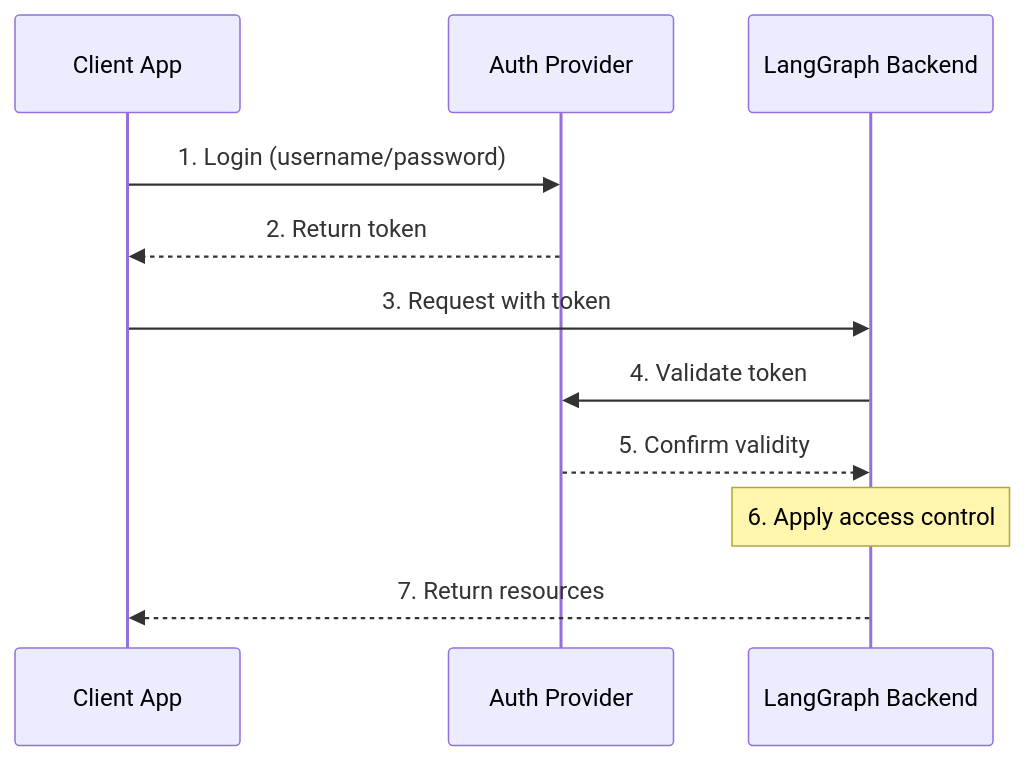
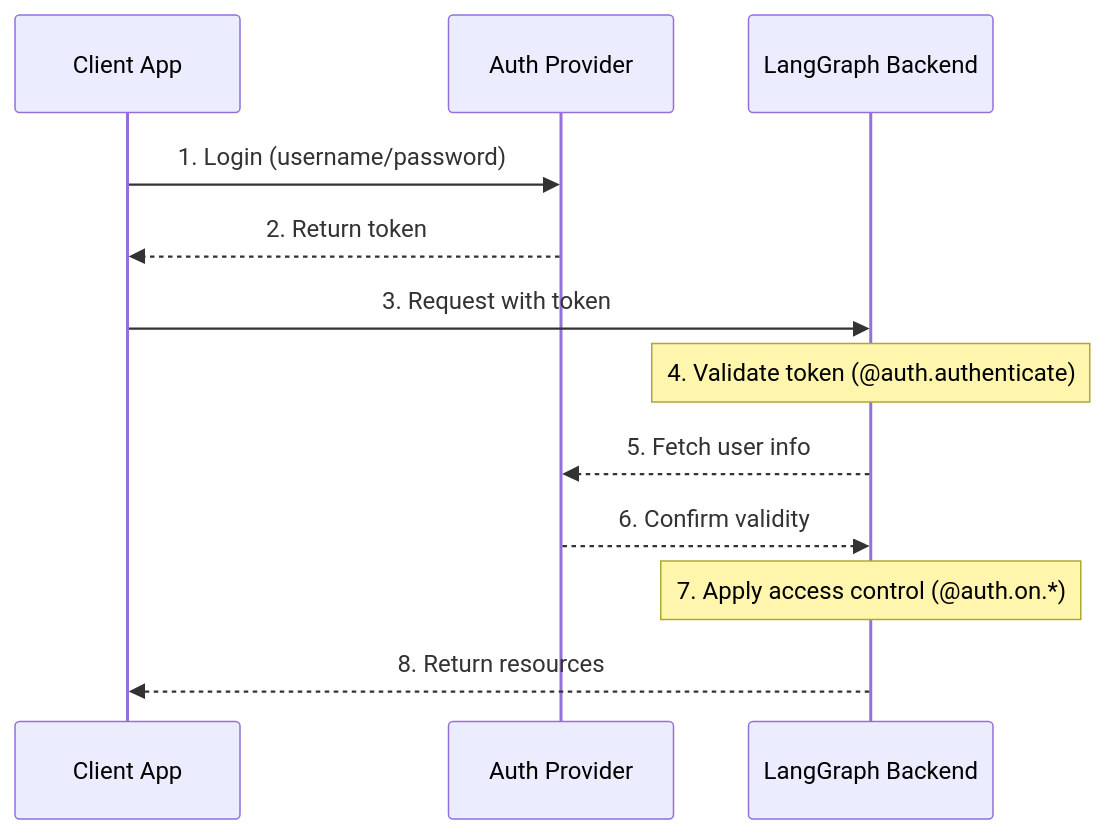
One commit to langchain-ai/langgraph changed the diagram in docs/docs/concepts/auth.md. Above: the diagram before and after it, drawn with Mermaid. The commit also changed other lines of this file, not shown here.

````diff
--- a/docs/docs/concepts/auth.md
+++ b/docs/docs/concepts/auth.md
@@ -47,14 +47,15 @@
 ```mermaid
 sequenceDiagram
     participant Client as Client App
     participant Auth as Auth Provider
     participant LG as LangGraph Backend
 
     Client->>Auth: 1. Login (username/password)
     Auth-->>Client: 2. Return token
     Client->>LG: 3. Request with token
-    LG->>Auth: 4. Validate token
-    Auth-->>LG: 5. Confirm validity
-    Note over LG: 6. Apply access control
-    LG-->>Client: 7. Return resources
+    Note over LG: 4. Validate token (@auth.authenticate)
+    LG-->>Auth:  5. Fetch user info
+    Auth-->>LG: 6. Confirm validity
+    Note over LG: 7. Apply access control (@auth.on.*)
+    LG-->>Client: 8. Return resources
 ```
````
